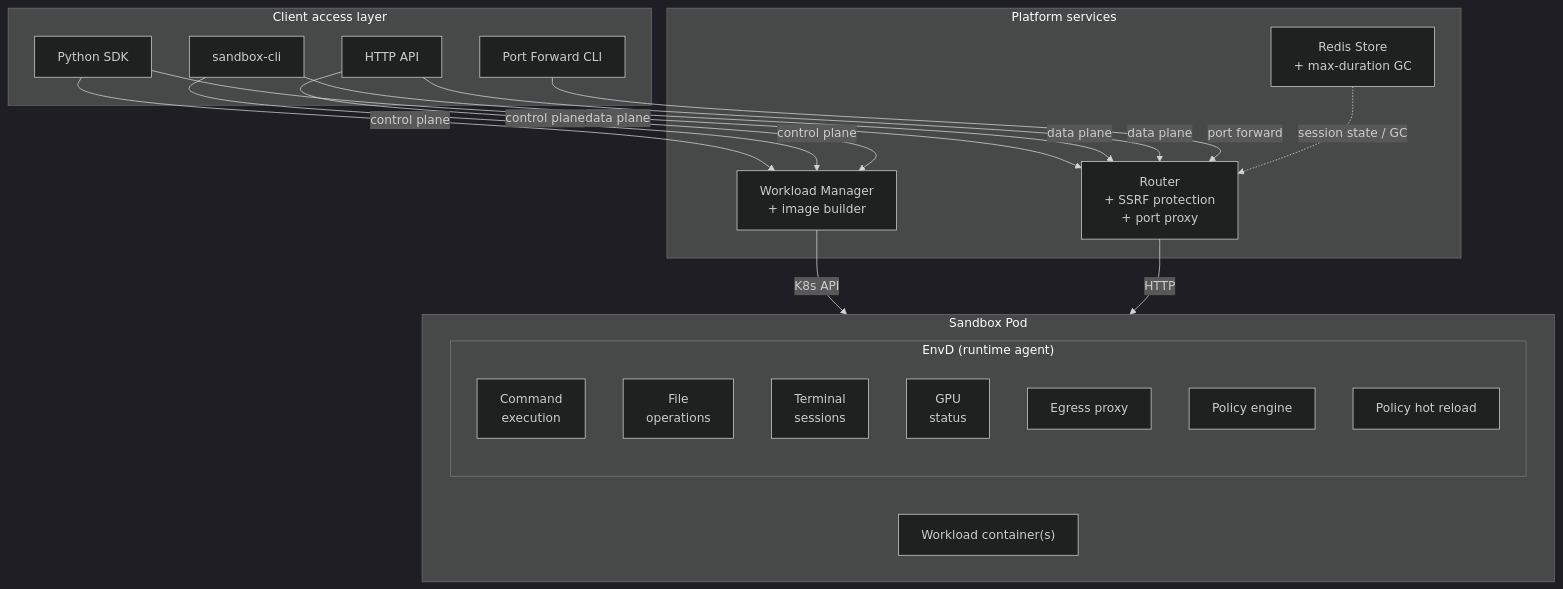
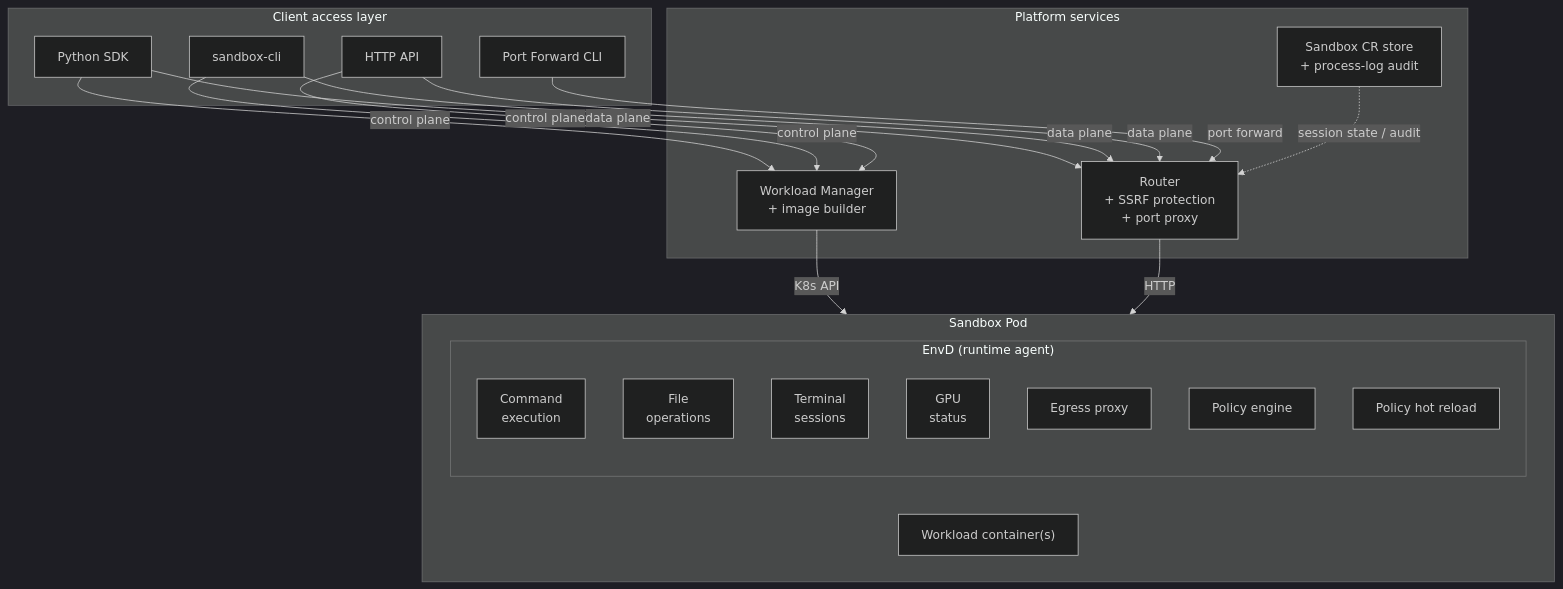
One commit to AMD-AGI/PrimusClaw changed the diagram in sandbox/docs/architecture.md. Above: the diagram before and after it, drawn with Mermaid (dark theme). The commit also changed other lines of this file and 45 other files, not shown here.

First line of the commit message:
Route sandbox sessions through Sandbox CRs and drop Redis.

````diff
--- a/sandbox/docs/architecture.md
+++ b/sandbox/docs/architecture.md
@@ -5,36 +5,36 @@
 ```mermaid
 flowchart TB
     subgraph Clients["Client access layer"]
         SDK["Python SDK"]
         CLI["sandbox-cli"]
         HTTP["HTTP API"]
         PF["Port Forward CLI"]
     end
 
     subgraph Platform["Platform services"]
         WM["Workload Manager<br/>+ image builder"]
         Router["Router<br/>+ SSRF protection<br/>+ port proxy"]
-        Store["Redis Store<br/>+ max-duration GC"]
+        Store["Sandbox CR store<br/>+ process-log audit"]
     end
 
     SDK & CLI & HTTP -->|control plane| WM
     SDK & CLI & HTTP -->|data plane| Router
     PF -->|port forward| Router
 
     WM -->|K8s API| Pod
     Router -->|HTTP| Pod
-    Store -.->|session state / GC| Router
+    Store -.->|session state / audit| Router
 
     subgraph Pod["Sandbox Pod"]
         subgraph EnvD["EnvD (runtime agent)"]
             Exec["Command<br/>execution"]
             Files["File<br/>operations"]
             Term["Terminal<br/>sessions"]
             GPU["GPU<br/>status"]
             Egress["Egress proxy"]
             Policy["Policy engine"]
             Reload["Policy hot reload"]
         end
         Work["Workload container(s)"]
     end
 ```
````
